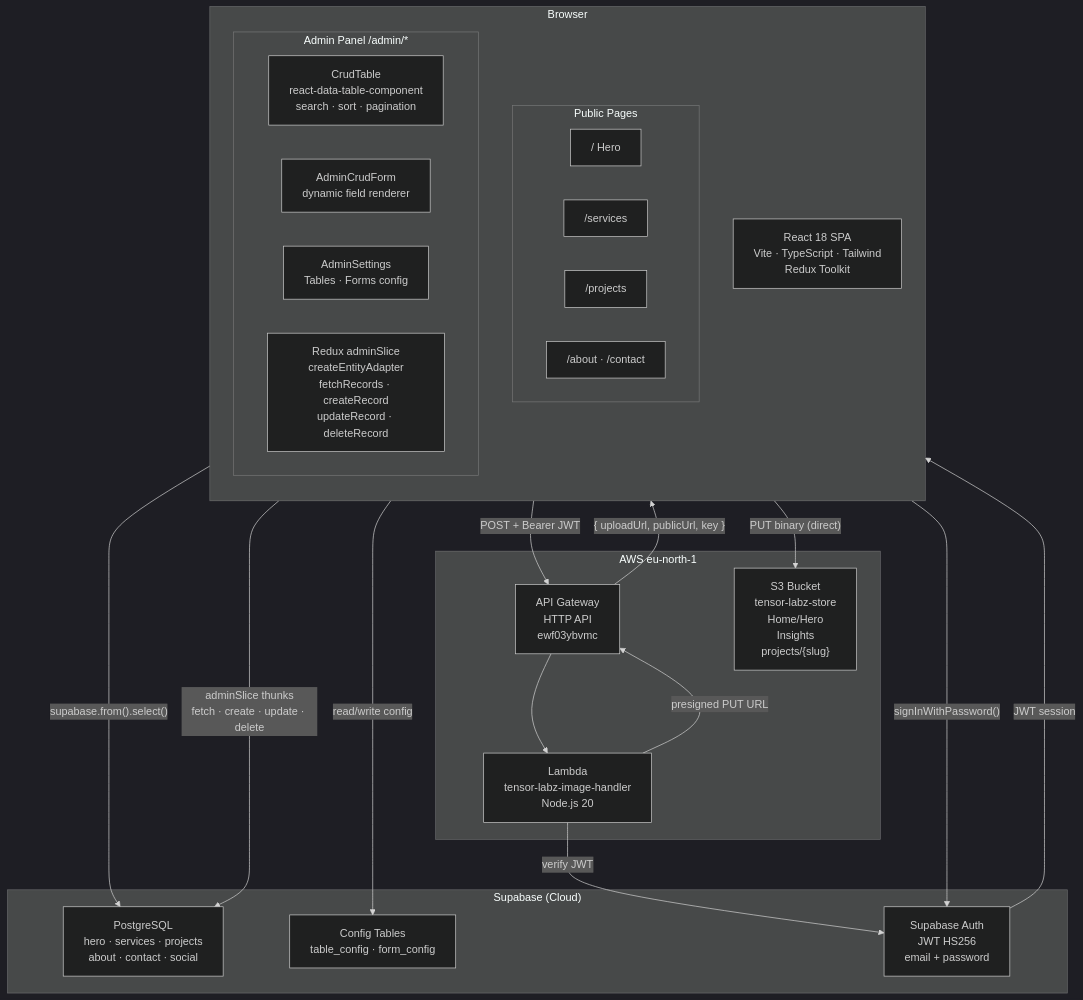
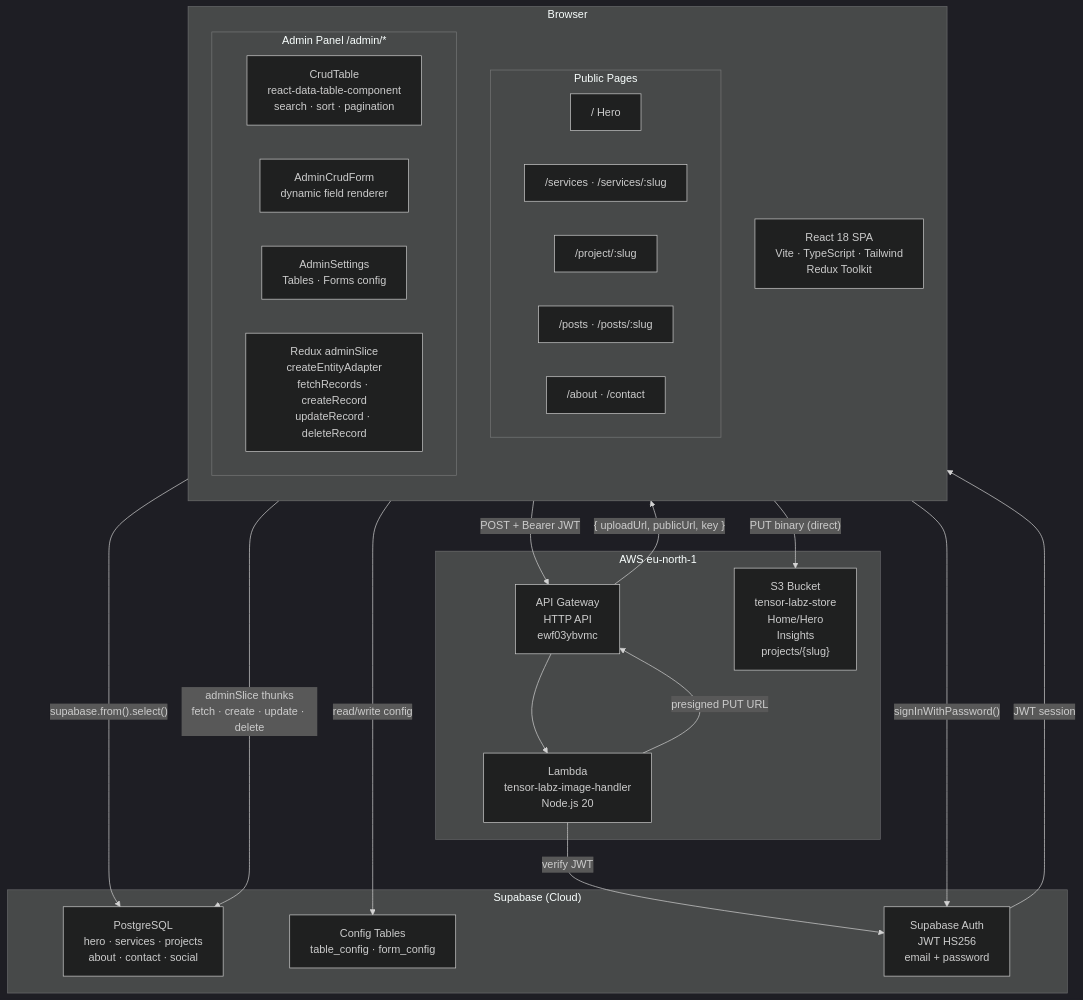
One commit to tensor-labz/tensor-labz-docs changed the first of 5 diagrams in docs/architecture/overview.md. Above: the diagram before and after it, drawn with Mermaid (dark theme). The commit also changed other lines of this file and 3 other files, not shown here.

First line of the commit message:
docs: branch flow (feature → staging → main) + shared content composition

````diff
--- a/docs/architecture/overview.md
+++ b/docs/architecture/overview.md
@@ -7,43 +7,44 @@
 ```mermaid
 flowchart TB
     subgraph Browser["Browser"]
         direction TB
         SPA["React 18 SPA\nVite · TypeScript · Tailwind\nRedux Toolkit"]
         subgraph Pages["Public Pages"]
             P1["/ Hero"]
-            P2["/services"]
-            P3["/projects"]
+            P2["/services · /services/:slug"]
+            P3["/project/:slug"]
+            P5["/posts · /posts/:slug"]
             P4["/about · /contact"]
         end
         subgraph AdminPanel["Admin Panel  /admin/*"]
             Table["CrudTable\nreact-data-table-component\nsearch · sort · pagination"]
             Form["AdminCrudForm\ndynamic field renderer"]
             Settings["AdminSettings\nTables · Forms config"]
             AdminStore["Redux adminSlice\ncreateEntityAdapter\nfetchRecords · createRecord\nupdateRecord · deleteRecord"]
         end
     end
 
     subgraph SupabaseCloud["Supabase (Cloud)"]
         PG["PostgreSQL\nhero · services · projects\nabout · contact · social"]
         Config["Config Tables\ntable_config · form_config"]
         SupaAuth["Supabase Auth\nJWT HS256\nemail + password"]
     end
 
     subgraph AWSCloud["AWS eu-north-1"]
         APIGW["API Gateway\nHTTP API\newf03ybvmc"]
         Fn["Lambda\ntensor-labz-image-handler\nNode.js 20"]
         Bucket["S3 Bucket\ntensor-labz-store\nHome/Hero\nInsights\nprojects/{slug}"]
     end
 
     Pages      -- "supabase.from().select()" --> PG
     AdminPanel -- "adminSlice thunks\nfetch · create · update · delete" --> PG
     AdminPanel -- "read/write config" --> Config
     AdminPanel -- "signInWithPassword()" --> SupaAuth
     SupaAuth   -- "JWT session" --> AdminPanel
     AdminPanel -- "POST + Bearer JWT" --> APIGW
     APIGW      --> Fn
     Fn         -- "verify JWT" --> SupaAuth
     Fn         -- "presigned PUT URL" --> APIGW
     APIGW      -- "{ uploadUrl, publicUrl, key }" --> AdminPanel
     AdminPanel -- "PUT binary (direct)" --> Bucket
 ```
````
